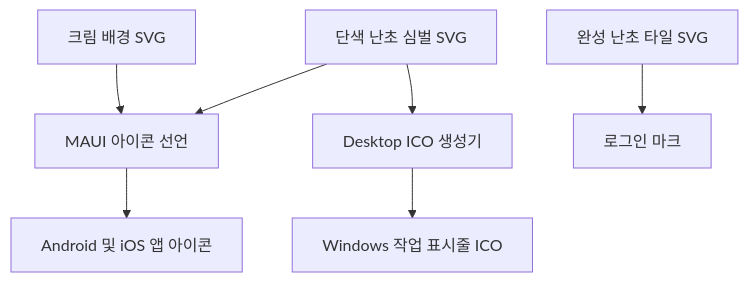
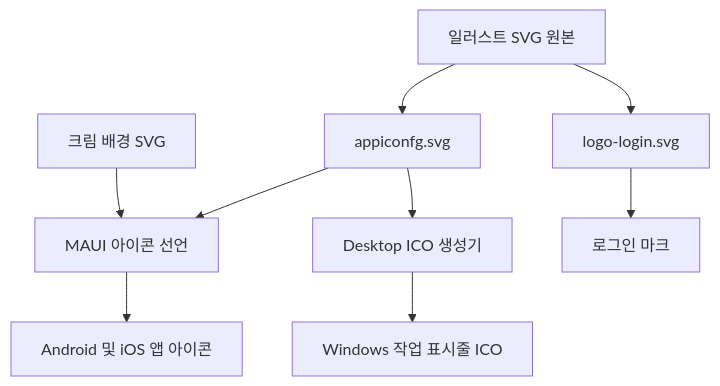
One commit to ibocon/Orchid.Desktop changed the first of 2 diagrams in docs/architecture/orchid-icon-design.md. Above: the diagram before and after it, drawn with Mermaid. The commit also changed other lines of this file and 11 other files, not shown here.

Commit message:
refactor(desktop): 아이콘 외곽선을 굵고 진하게 하고 SVG 단일 원본으로 통일한다

````diff
--- a/docs/architecture/orchid-icon-design.md
+++ b/docs/architecture/orchid-icon-design.md
@@ -33,9 +35,11 @@
 ```mermaid
 graph TB
+    Source[일러스트 SVG 원본] --> Foreground[appiconfg.svg]
+    Source --> Tile[logo-login.svg]
     Background[크림 배경 SVG] --> Maui[MAUI 아이콘 선언]
-    Glyph[단색 난초 심벌 SVG] --> Maui
-    Glyph --> Generator[Desktop ICO 생성기]
-    Tile[완성 난초 타일 SVG] --> Login[로그인 마크]
+    Foreground --> Maui
+    Foreground --> Generator[Desktop ICO 생성기]
+    Tile --> Login[로그인 마크]
     Generator --> Windows[Windows 작업 표시줄 ICO]
     Maui --> Mobile[Android 및 iOS 앱 아이콘]
 ```
````
